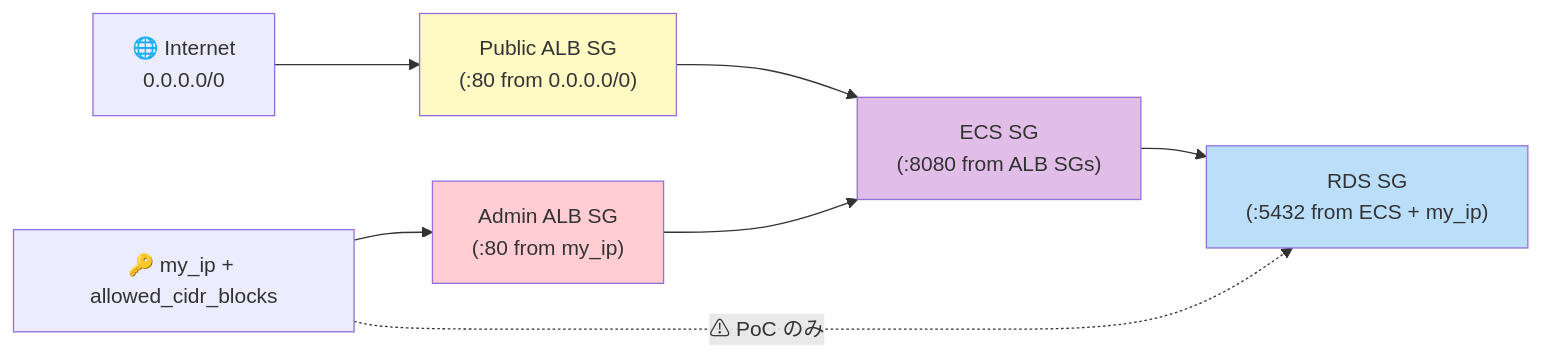
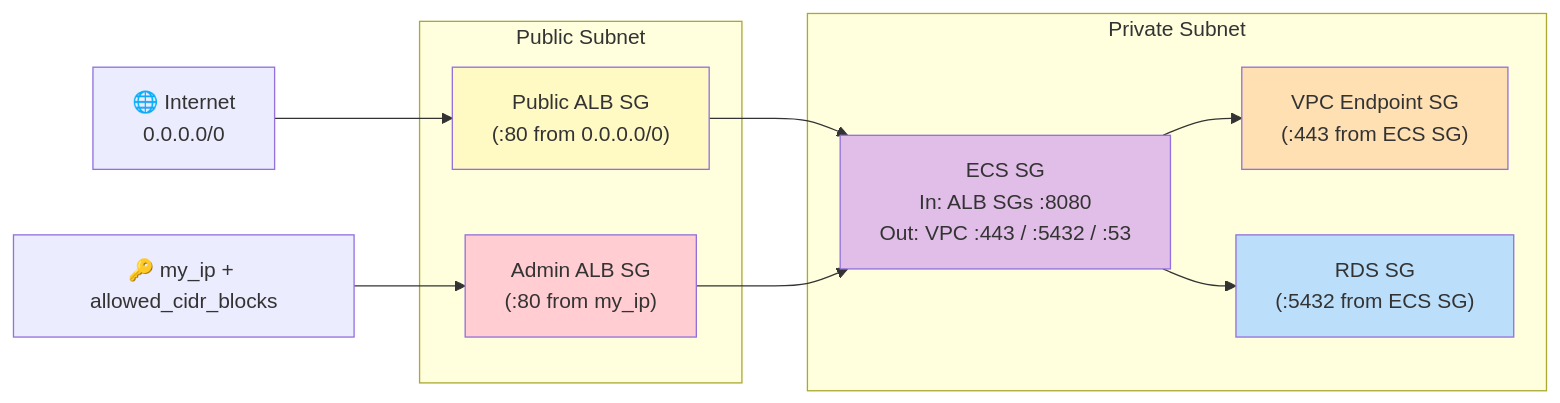
One commit to suepie/aws-atuh-poc changed the second of 2 diagrams in doc/common/keycloak-network-architecture.md. Above: the diagram before and after it, drawn with Mermaid. The commit also changed other lines of this file and 12 other files, not shown here.

````diff
--- a/doc/common/keycloak-network-architecture.md
+++ b/doc/common/keycloak-network-architecture.md
@@ -142,22 +154,29 @@
 ```mermaid
 flowchart LR
     INET["🌐 Internet<br/>0.0.0.0/0"]
     MYIP["🔑 my_ip + allowed_cidr_blocks"]
 
-    SG_PUB["Public ALB SG<br/>(:80 from 0.0.0.0/0)"]
-    SG_ADM["Admin ALB SG<br/>(:80 from my_ip)"]
-    SG_ECS["ECS SG<br/>(:8080 from ALB SGs)"]
-    SG_RDS["RDS SG<br/>(:5432 from ECS + my_ip)"]
+    subgraph Pub["Public Subnet"]
+        SG_PUB["Public ALB SG<br/>(:80 from 0.0.0.0/0)"]
+        SG_ADM["Admin ALB SG<br/>(:80 from my_ip)"]
+    end
+
+    subgraph Priv["Private Subnet"]
+        SG_ECS["ECS SG<br/>In: ALB SGs :8080<br/>Out: VPC :443 / :5432 / :53"]
+        SG_VPCE["VPC Endpoint SG<br/>(:443 from ECS SG)"]
+        SG_RDS["RDS SG<br/>(:5432 from ECS SG)"]
+    end
 
     INET --> SG_PUB
     MYIP --> SG_ADM
-    MYIP -.->|"⚠ PoC のみ"| SG_RDS
     SG_PUB --> SG_ECS
     SG_ADM --> SG_ECS
+    SG_ECS --> SG_VPCE
     SG_ECS --> SG_RDS
 
     style SG_PUB fill:#fff9c4
     style SG_ADM fill:#ffcdd2
     style SG_ECS fill:#e1bee7
+    style SG_VPCE fill:#ffe0b2
     style SG_RDS fill:#bbdefb
 ```
````
